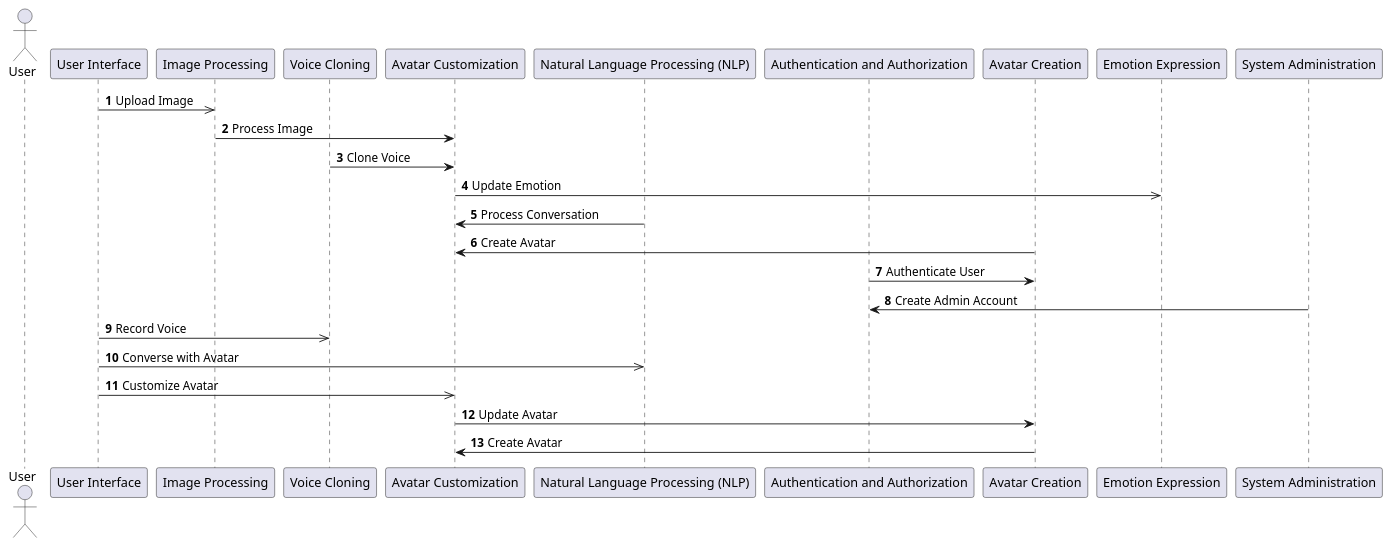
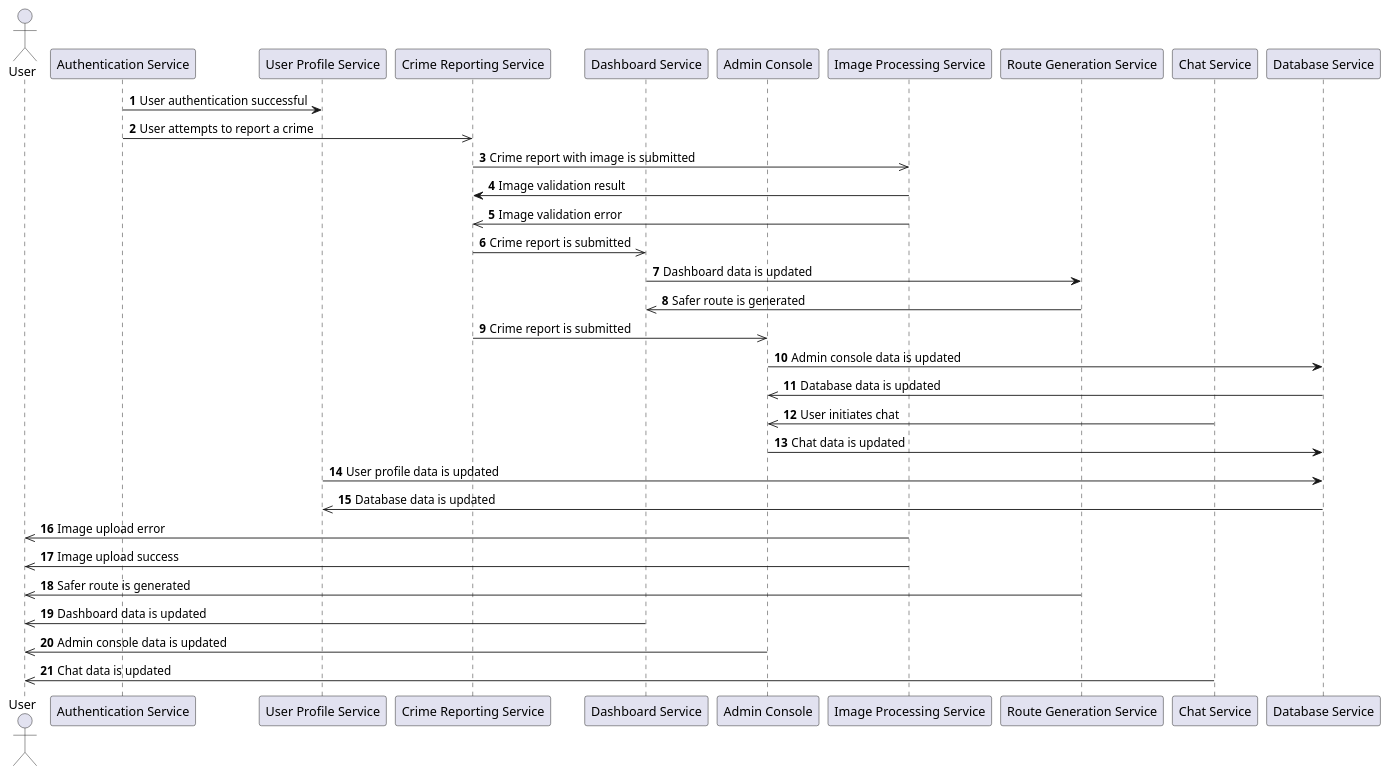
Before and after one commit to hanaAbdelwahab/GPARCHIMIND: the diagram in data/outputs/process_view.puml, drawn with PlantUML. The commit also changed 16 other files, not shown here.

```diff
--- a/data/outputs/process_view.puml
+++ b/data/outputs/process_view.puml
@@ -1,26 +1,34 @@
 @startuml
 autonumber
 actor User
-participant "User Interface" as UserInterface
-participant "Image Processing" as ImageProcessing
-participant "Voice Cloning" as VoiceCloning
-participant "Avatar Customization" as AvatarCustomization
-participant "Natural Language Processing (NLP)" as NaturalLanguageProcessingNLP
-participant "Authentication and Authorization" as AuthenticationandAuthorization
-participant "Avatar Creation" as AvatarCreation
-participant "Emotion Expression" as EmotionExpression
-participant "System Administration" as SystemAdministration
-UserInterface ->> ImageProcessing : Upload Image
-ImageProcessing -> AvatarCustomization : Process Image
-VoiceCloning -> AvatarCustomization : Clone Voice
-AvatarCustomization ->> EmotionExpression : Update Emotion
-NaturalLanguageProcessingNLP -> AvatarCustomization : Process Conversation
-AvatarCreation -> AvatarCustomization : Create Avatar
-AuthenticationandAuthorization -> AvatarCreation : Authenticate User
-SystemAdministration -> AuthenticationandAuthorization : Create Admin Account
-UserInterface ->> VoiceCloning : Record Voice
-UserInterface ->> NaturalLanguageProcessingNLP : Converse with Avatar
-UserInterface ->> AvatarCustomization : Customize Avatar
-AvatarCustomization -> AvatarCreation : Update Avatar
-AvatarCreation -> AvatarCustomization : Create Avatar
+participant "Authentication Service" as AuthenticationService
+participant "User Profile Service" as UserProfileService
+participant "Crime Reporting Service" as CrimeReportingService
+participant "Dashboard Service" as DashboardService
+participant "Admin Console" as AdminConsole
+participant "Image Processing Service" as ImageProcessingService
+participant "Route Generation Service" as RouteGenerationService
+participant "Chat Service" as ChatService
+participant "Database Service" as DatabaseService
+AuthenticationService -> UserProfileService : User authentication successful
+AuthenticationService ->> CrimeReportingService : User attempts to report a crime
+CrimeReportingService ->> ImageProcessingService : Crime report with image is submitted
+ImageProcessingService -> CrimeReportingService : Image validation result
+ImageProcessingService ->> CrimeReportingService : Image validation error
+CrimeReportingService ->> DashboardService : Crime report is submitted
+DashboardService -> RouteGenerationService : Dashboard data is updated
+RouteGenerationService ->> DashboardService : Safer route is generated
+CrimeReportingService ->> AdminConsole : Crime report is submitted
+AdminConsole -> DatabaseService : Admin console data is updated
+DatabaseService ->> AdminConsole : Database data is updated
+ChatService ->> AdminConsole : User initiates chat
+AdminConsole -> DatabaseService : Chat data is updated
+UserProfileService -> DatabaseService : User profile data is updated
+DatabaseService ->> UserProfileService : Database data is updated
+ImageProcessingService ->> User : Image upload error
+ImageProcessingService ->> User : Image upload success
+RouteGenerationService ->> User : Safer route is generated
+DashboardService ->> User : Dashboard data is updated
+AdminConsole ->> User : Admin console data is updated
+ChatService ->> User : Chat data is updated
 @enduml
```
